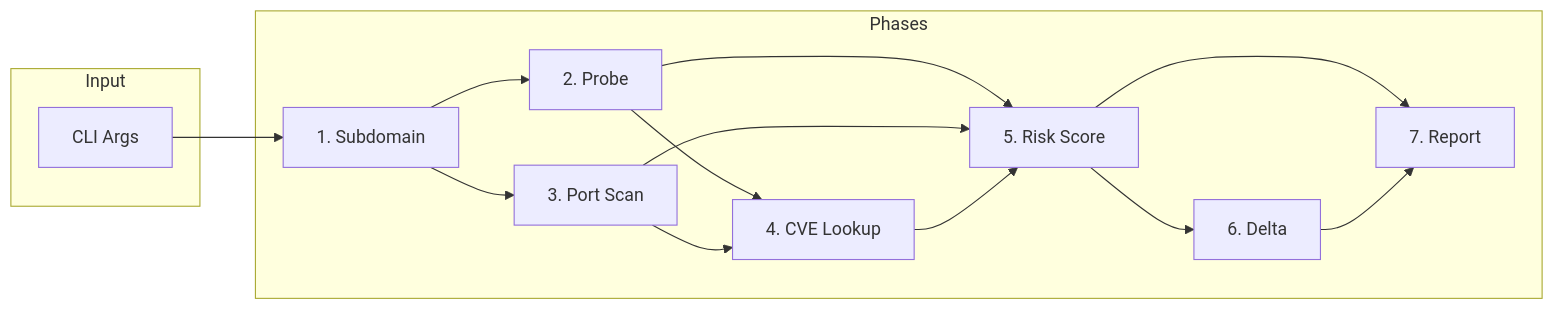
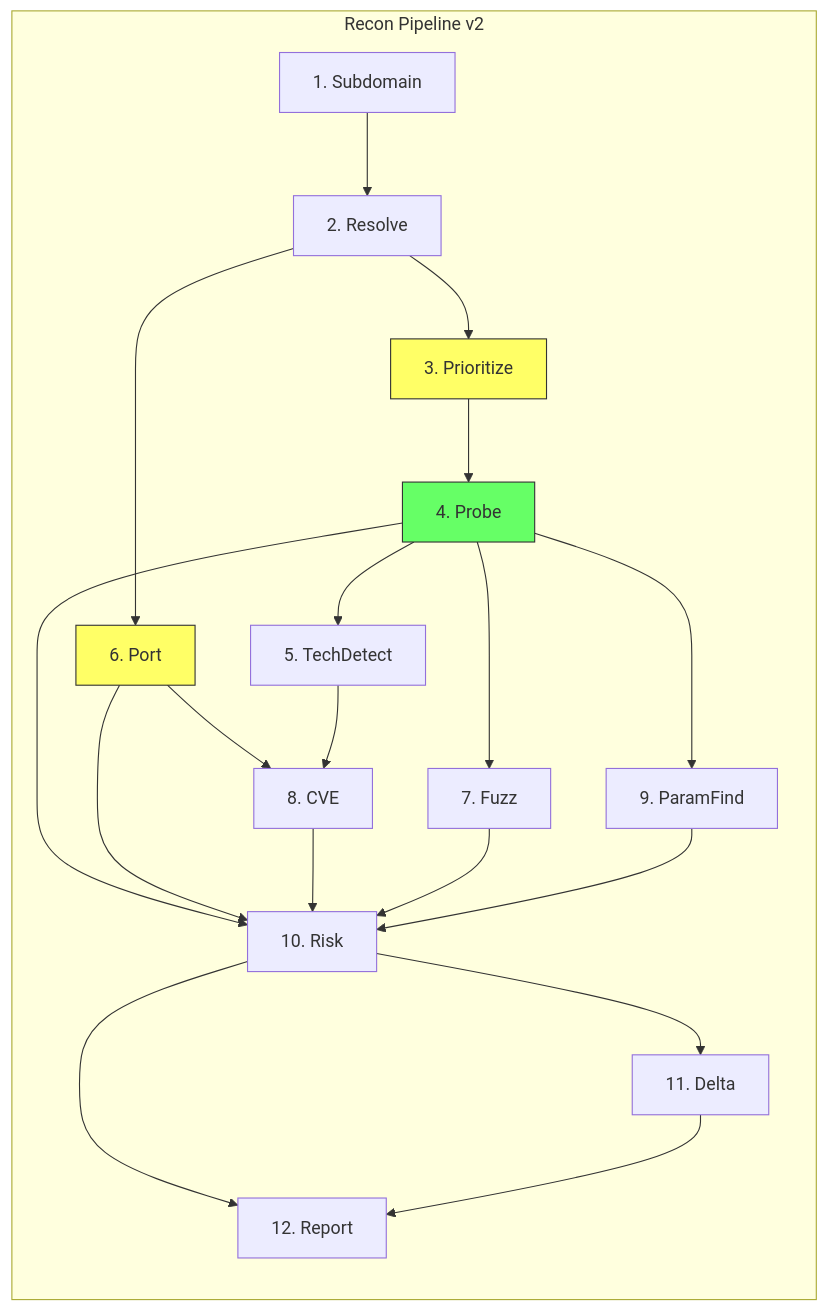
Before and after one commit to minhnnptit/reconrisk: diagram 12 of 12 in state_machines.md, drawn with Mermaid. The commit also changed other lines of this file and 9 other files, not shown here.

````diff
--- a/state_machines.md
+++ b/state_machines.md
@@ -465,28 +384,39 @@
 ```mermaid
 graph LR
-    subgraph Input
-        CLI["CLI Args"]
+    subgraph "Recon Pipeline v2"
+        SD["1. Subdomain"]
+        RS["2. Resolve"]
+        PR["3. Prioritize"]
+        PB["4. Probe"]
+        TD["5. TechDetect"]
+        PS["6. Port"]
+        FZ["7. Fuzz"]
+        CV["8. CVE"]
+        PF["9. ParamFind"]
+        RK["10. Risk"]
+        DL["11. Delta"]
+        RP["12. Report"]
     end
 
-    subgraph Phases
-        SD["1. Subdomain"]
-        PR["2. Probe"]
-        PS["3. Port Scan"]
-        CV["4. CVE Lookup"]
-        RS["5. Risk Score"]
-        DL["6. Delta"]
-        RP["7. Report"]
-    end
+    SD --> RS
+    RS --> PR
+    PR --> PB
+    PB --> TD
+    RS --> PS
+    PB --> FZ
+    PS --> CV
+    TD --> CV
+    PB --> PF
+    PB --> RK
+    PS --> RK
+    CV --> RK
+    FZ --> RK
+    PF --> RK
+    RK --> DL
+    RK --> RP
+    DL --> RP
 
-    CLI --> SD
-    SD --> PR
-    SD --> PS
-    PR --> CV
-    PS --> CV
-    PR --> RS
-    PS --> RS
-    CV --> RS
-    RS --> DL
-    RS --> RP
-    DL --> RP
+    style PR fill:#ff6,stroke:#333
+    style PB fill:#6f6,stroke:#333
+    style PS fill:#ff6,stroke:#333
 ```
````
